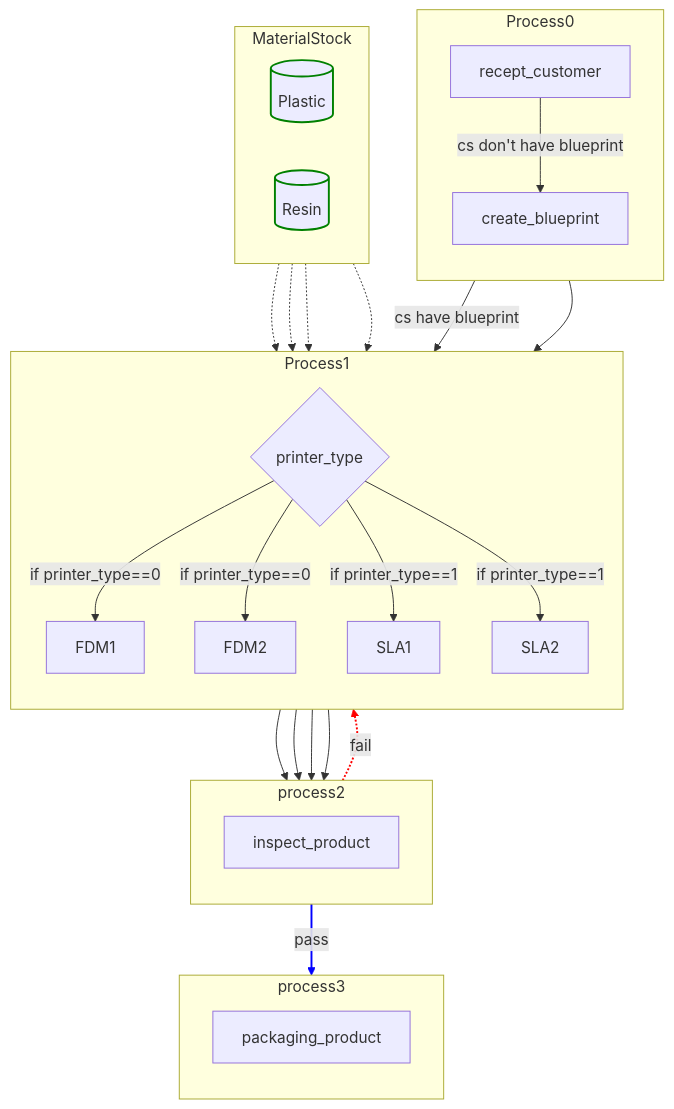
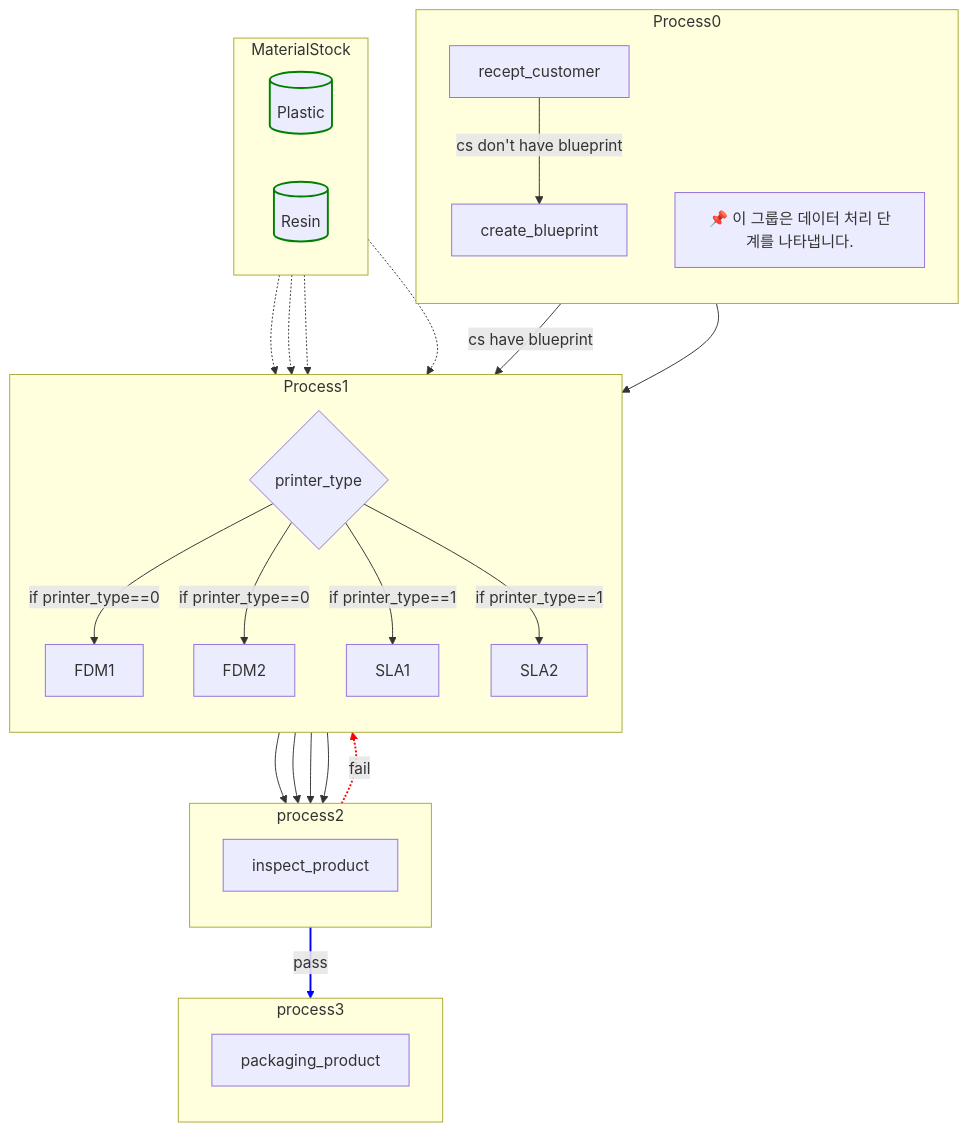
The diagram in 3D_printing_Farm_flowchart.mmd (Hwonjin/3D_printing_Farm), drawn with Mermaid before and after one commit.

```diff
--- a/3D_printing_Farm_flowchart.mmd
+++ b/3D_printing_Farm_flowchart.mmd
@@ -1,64 +1,65 @@
 flowchart TB
 A[recept_customer]
 B[create_blueprint]
 C{printer_type}
 D_1[FDM1]
 D_2[FDM2]
 D_3[SLA1]
 D_4[SLA2]
 F[inspect_product]
 G[packaging_product]
 
 subgraph Process0
     direction TB
+    desc1["📌 이 그룹은 데이터 처리 단계를 나타냅니다."]
     A[recept_customer];
     B[create_blueprint];
     end
 
 subgraph Process1
     direction TB
     C{printer_type}
     D_1[FDM1]
     D_2[FDM2]
     D_3[SLA1]
     D_4[SLA2]
     end
 
 subgraph process2
     direction TB
     F[inspect_product];
     end
 
 subgraph process3
     direction TB
     G[packaging_product];
     end
 
 
 subgraph MaterialStock
     direction LR
     E_1[(Plastic)]:::Green;
     E_2[(Resin)]:::Green;
     end
 
 
 A-->|cs have blueprint| C;
 A-->|cs don't have blueprint| B;
 B--> C;
 C-->|if printer_type==0| D_1;
 C-->|if printer_type==0| D_2;
 C-->|if printer_type==1| D_3;
 C-->|if printer_type==1| D_4;
 E_1-.-> D_1;
 E_1-.-> D_2;
 E_2-.-> D_3;
 E_2-.-> D_4;
 D_1--> F;
 D_2--> F;
 D_3--> F;
 D_4--> F;
 F -.->|fail| C;
 F-->|pass| G;
 linkStyle 15 stroke:red, stroke-width:2px;
 linkStyle 16 stroke:blue, stroke-width:2px;
 classDef Green stroke:green, stroke-width:2px;
```
